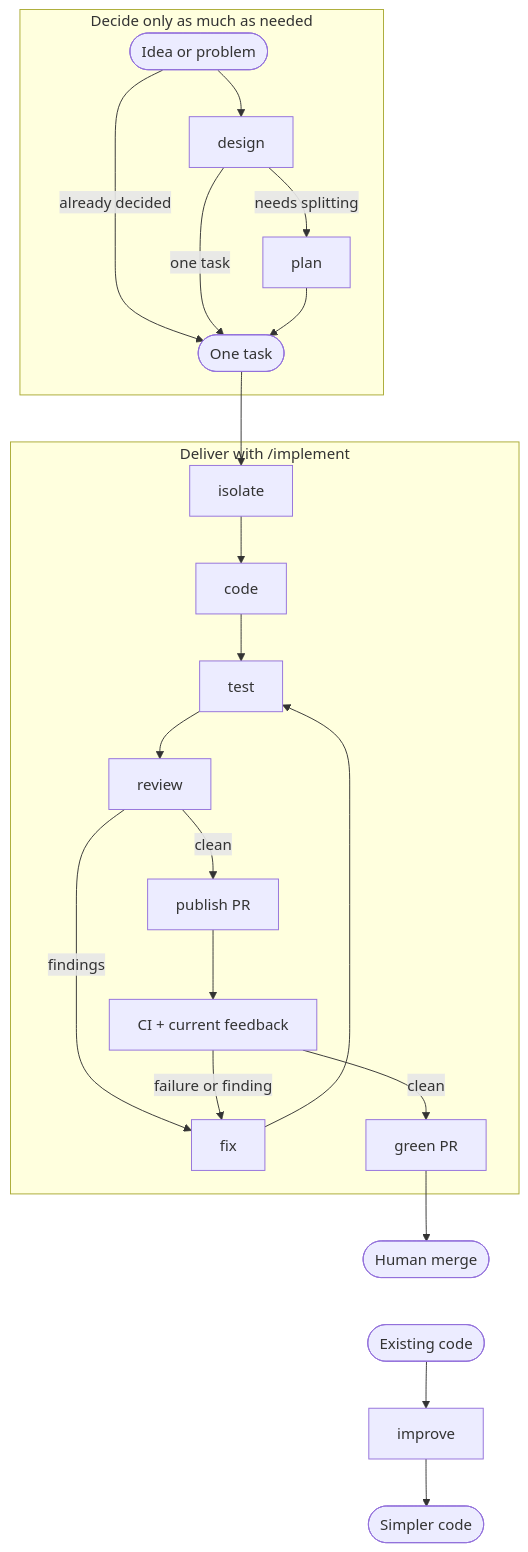
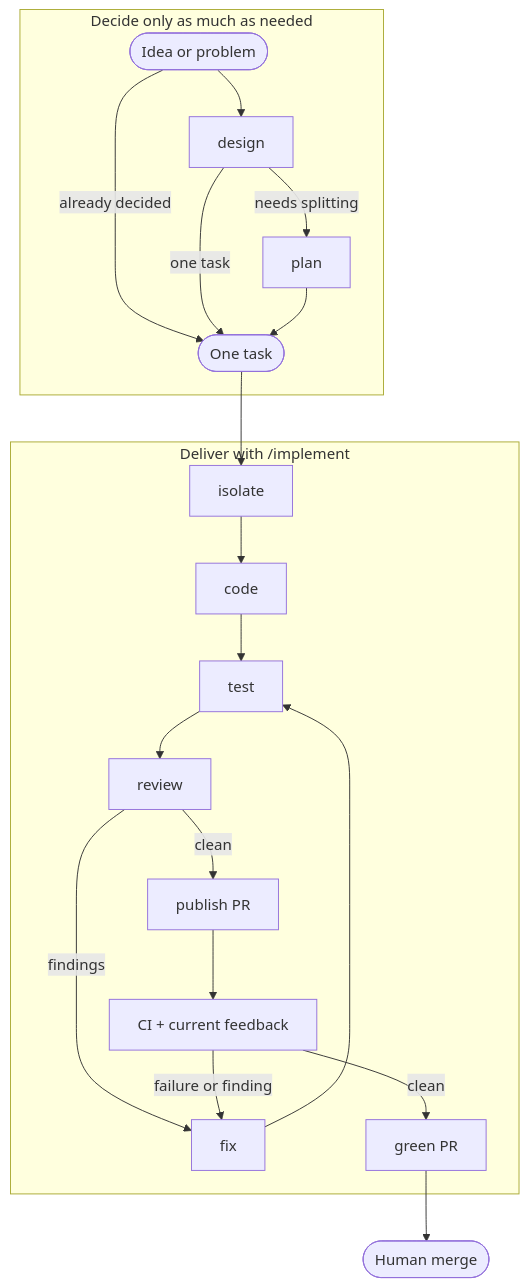
One commit to owainlewis/blueprint changed the diagram in README.md. Above: the diagram before and after it, drawn with Mermaid. The commit also changed other lines of this file, not shown here.

Commit message:
docs: focus the workflow diagram

````diff
--- a/README.md
+++ b/README.md
@@ -30,21 +30,19 @@
 ```mermaid
 flowchart TB
     subgraph Decide["Decide only as much as needed"]
         Idea([Idea or problem]) --> Design["design"]
         Idea -->|already decided| Task([One task])
         Design -->|one task| Task
         Design -->|needs splitting| Plan["plan"] --> Task
     end
 
     subgraph Deliver["Deliver with /implement"]
         Task --> Isolate["isolate"] --> Code["code"] --> Test["test"] --> Review["review"]
         Review -->|findings| Fix["fix"] --> Test
         Review -->|clean| Publish["publish PR"] --> Validate["CI + current feedback"]
         Validate -->|failure or finding| Fix
         Validate -->|clean| PR["green PR"]
     end
 
     PR --> Merge([Human merge])
-    Merge ~~~ Existing
-    Existing([Existing code]) --> Improve["improve"] --> Simpler([Simpler code])
 ```
````
